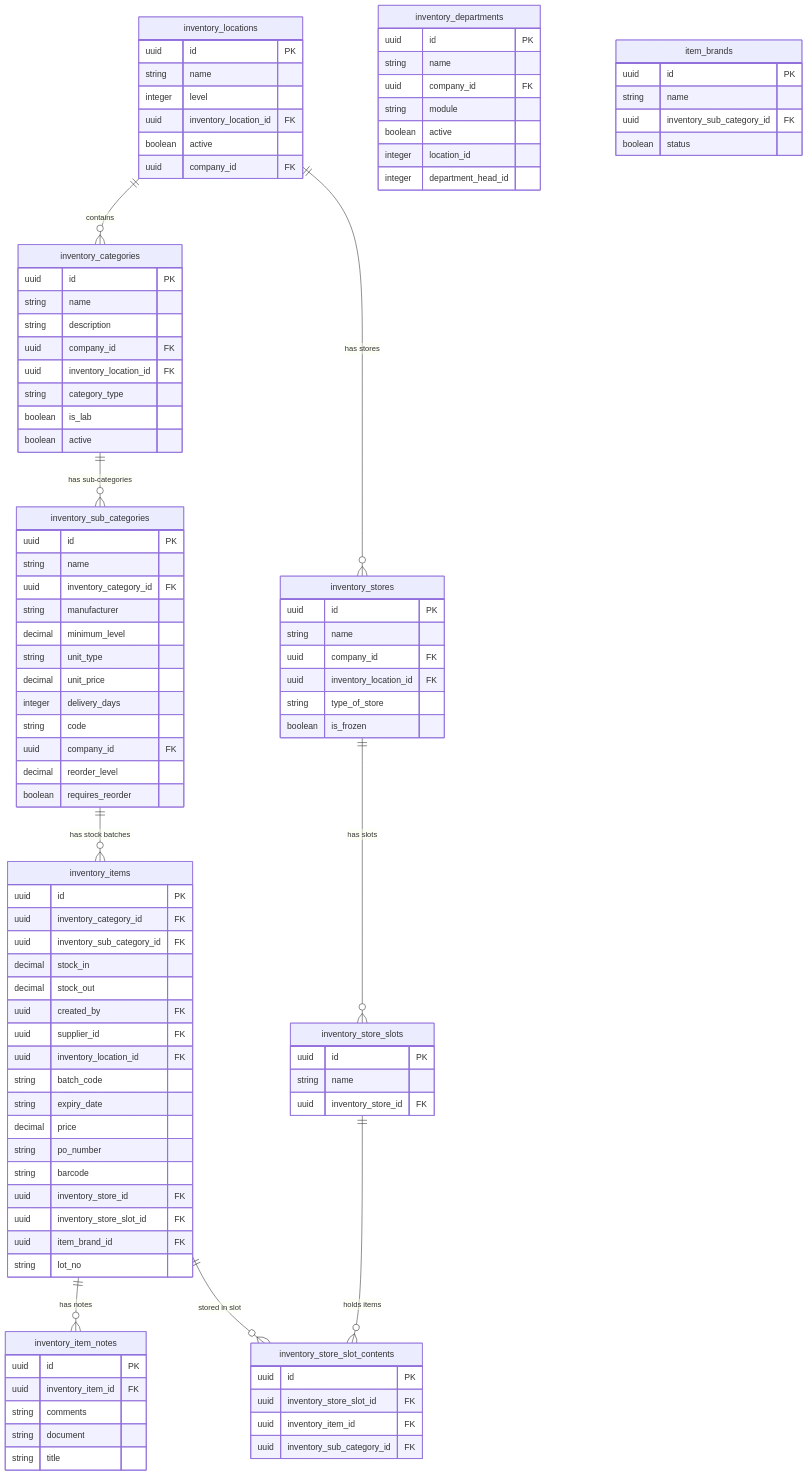
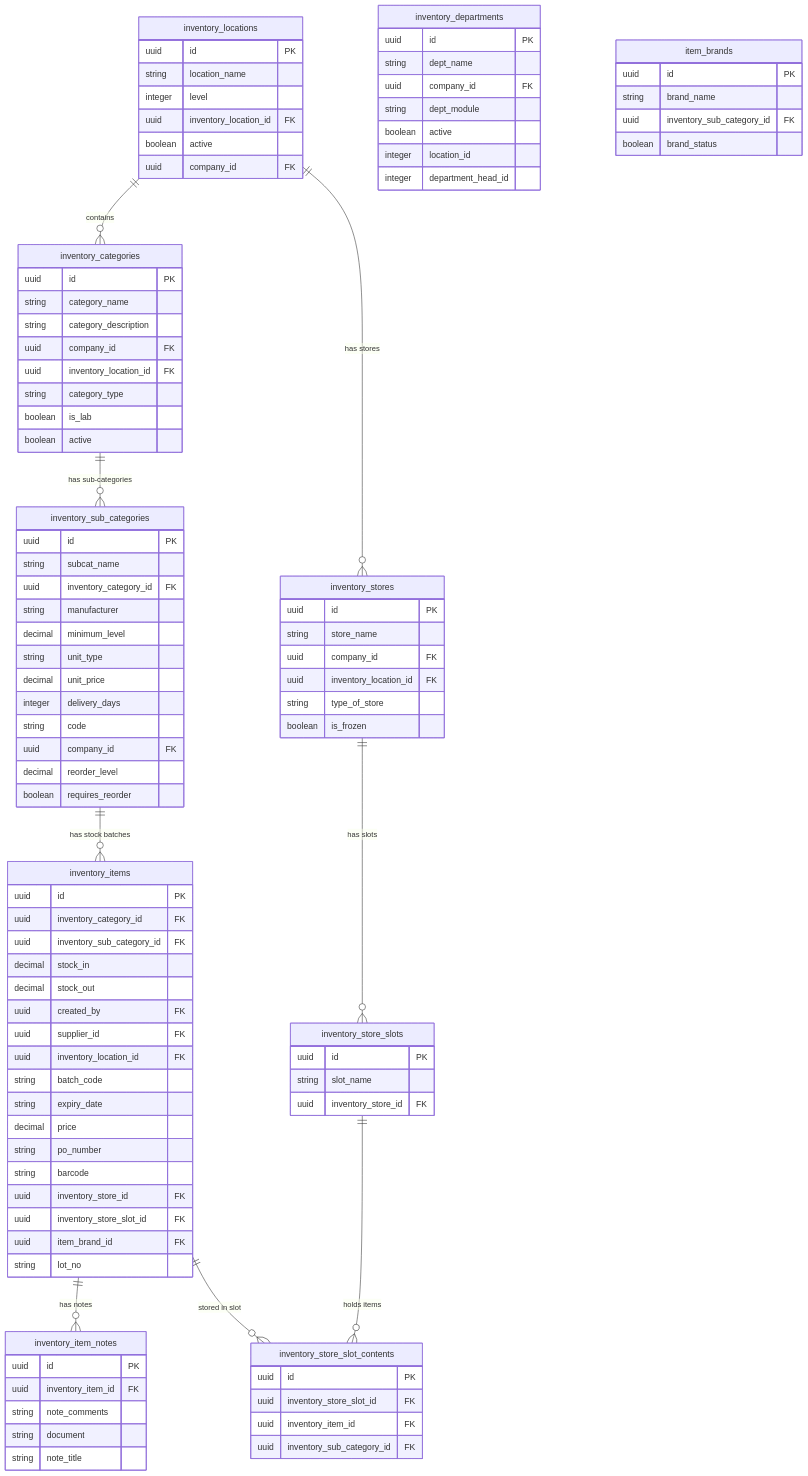
One commit to ErnestKamau/shh changed diagram 14 of 25 in docs/database-erd.md. Above: the diagram before and after it, drawn with Mermaid. The commit also changed other lines of this file, not shown here.

```diff
--- a/docs/database-erd.md
+++ b/docs/database-erd.md
@@ -1985,7 +2001,7 @@
 erDiagram
     inventory_locations {
         uuid id PK
-        string name
+        string location_name
         integer level
         uuid inventory_location_id FK
         boolean active
@@ -1994,8 +2010,8 @@
 
     inventory_categories {
         uuid id PK
-        string name
-        string description
+        string category_name
+        string category_description
         uuid company_id FK
         uuid inventory_location_id FK
         string category_type
@@ -2005,7 +2021,7 @@
 
     inventory_sub_categories {
         uuid id PK
-        string name
+        string subcat_name
         uuid inventory_category_id FK
         string manufacturer
         decimal minimum_level
@@ -2020,7 +2036,7 @@
 
     inventory_stores {
         uuid id PK
-        string name
+        string store_name
         uuid company_id FK
         uuid inventory_location_id FK
         string type_of_store
@@ -2029,7 +2045,7 @@
 
     inventory_store_slots {
         uuid id PK
-        string name
+        string slot_name
         uuid inventory_store_id FK
     }
 
@@ -2042,9 +2058,9 @@
 
     inventory_departments {
         uuid id PK
-        string name
+        string dept_name
         uuid company_id FK
-        string module
+        string dept_module
         boolean active
         integer location_id
         integer department_head_id
@@ -2073,16 +2089,16 @@
     inventory_item_notes {
         uuid id PK
         uuid inventory_item_id FK
-        string comments
+        string note_comments
         string document
-        string title
+        string note_title
     }
 
     item_brands {
         uuid id PK
-        string name
+        string brand_name
         uuid inventory_sub_category_id FK
-        boolean status
+        boolean brand_status
     }
 
     inventory_locations ||--o{ inventory_categories : "contains"
```
